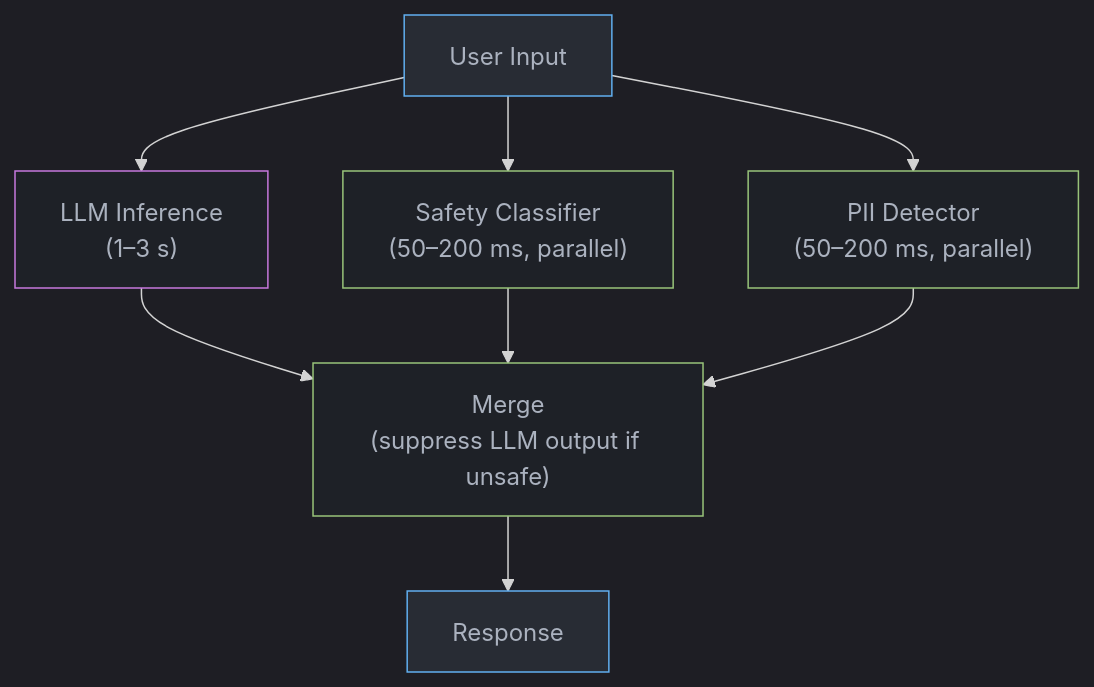
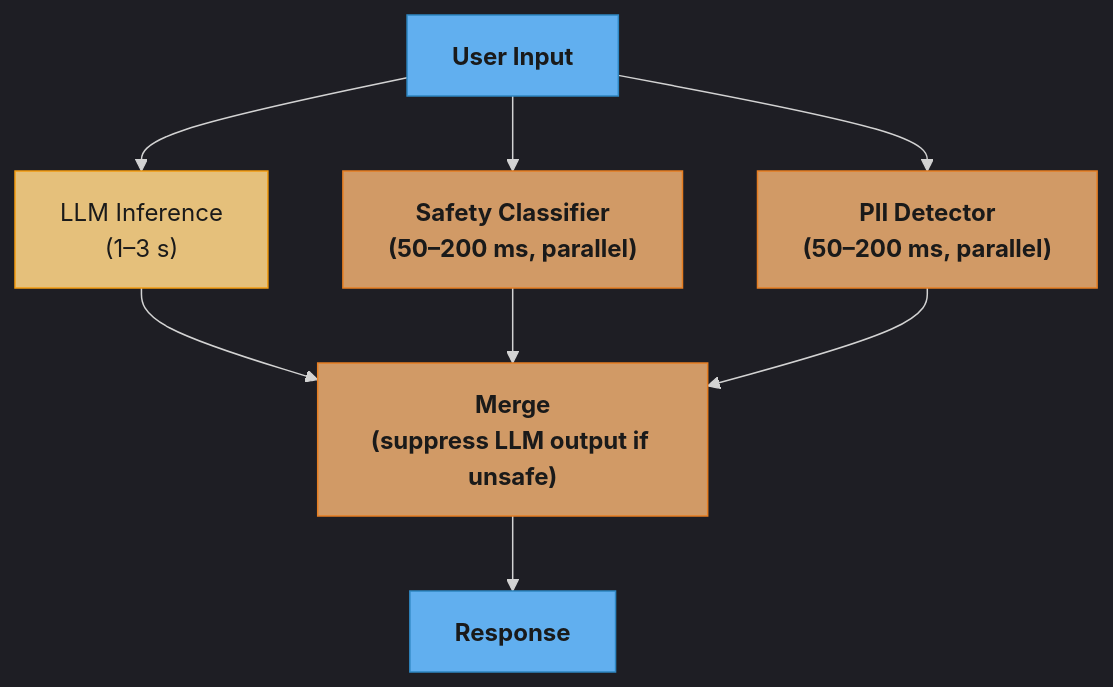
One commit to rppol/system-design changed the second of 2 diagrams in src/main/java/com/rutik/systemdesign/llm/guardrails_and_content_safety/README.md. Above: the diagram before and after it, drawn with Mermaid. The commit also changed other lines of this file and 88 other files, not shown here.

````diff
--- a/src/main/java/com/rutik/systemdesign/llm/guardrails_and_content_safety/README.md
+++ b/src/main/java/com/rutik/systemdesign/llm/guardrails_and_content_safety/README.md
@@ -282,22 +284,25 @@
 ```mermaid
 %%{init: {'flowchart': {'curve': 'basis'}, 'theme': 'dark'}}%%
 flowchart TD
-    classDef io   fill:#282c34,stroke:#61afef,color:#abb2bf
-    classDef llm  fill:#1e2127,stroke:#c678dd,color:#abb2bf
-    classDef proc fill:#1e2127,stroke:#98c379,color:#abb2bf
-    classDef warn fill:#1e2127,stroke:#e06c75,color:#abb2bf
+    classDef io      fill:#61afef,stroke:#2e86c1,color:#1a1a1a,font-weight:bold
+    classDef frozen  fill:#c678dd,stroke:#9b59b6,color:#fff
+    classDef train   fill:#98c379,stroke:#27ae60,color:#1a1a1a
+    classDef mathOp  fill:#d19a66,stroke:#e67e22,color:#1a1a1a,font-weight:bold
+    classDef lossN   fill:#e06c75,stroke:#c0392b,color:#fff,font-weight:bold
+    classDef req     fill:#56b6c2,stroke:#0097a7,color:#1a1a1a
+    classDef base    fill:#e5c07b,stroke:#f39c12,color:#1a1a1a
 
     IN["User Input"]
     INFR["LLM Inference\n(1–3 s)"]
     SAFE["Safety Classifier\n(50–200 ms, parallel)"]
     PII["PII Detector\n(50–200 ms, parallel)"]
     MERGE["Merge\n(suppress LLM output if unsafe)"]
     OUT["Response"]
 
     IN --> INFR & SAFE & PII
     INFR & SAFE & PII --> MERGE --> OUT
 
     class IN,OUT io
-    class INFR llm
-    class SAFE,PII,MERGE proc
+    class INFR base
+    class SAFE,PII,MERGE mathOp
 ```
````
